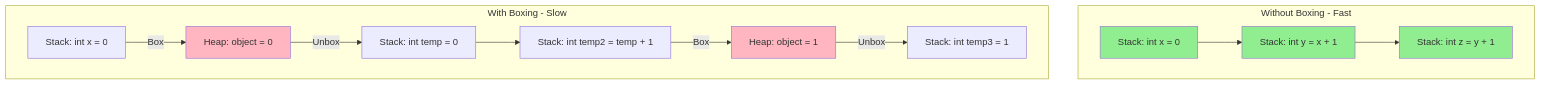
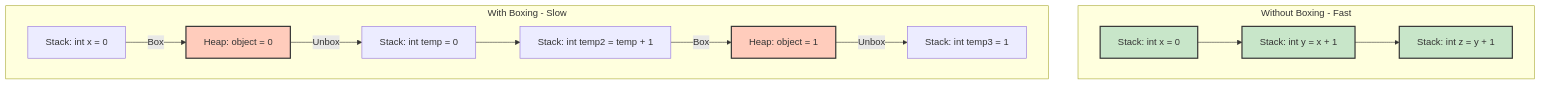
Before and after one commit to NguyenPhamCode4You/ai-home-lab-docker-compose: the ninth of 12 diagrams in C# fundamentals/day01-type-system.md, drawn with Mermaid. The commit also changed other lines of this file and 10 other files, not shown here.

````diff
--- a/C# fundamentals/day01-type-system.md
+++ b/C# fundamentals/day01-type-system.md
@@ -551,21 +557,21 @@
 ```mermaid
 graph TB
     subgraph "Without Boxing - Fast"
         A1[Stack: int x = 0] --> A2[Stack: int y = x + 1]
         A2 --> A3[Stack: int z = y + 1]
     end
 
     subgraph "With Boxing - Slow"
         B1[Stack: int x = 0] -->|Box| B2[Heap: object = 0]
         B2 -->|Unbox| B3[Stack: int temp = 0]
         B3 --> B4[Stack: int temp2 = temp + 1]
         B4 -->|Box| B5[Heap: object = 1]
         B5 -->|Unbox| B6[Stack: int temp3 = 1]
     end
 
-    style A1 fill:#90EE90
-    style A2 fill:#90EE90
-    style A3 fill:#90EE90
-    style B2 fill:#FFB6C1
-    style B5 fill:#FFB6C1
+    style A1 fill:#c8e6c9,stroke:#333,stroke-width:2px
+    style A2 fill:#c8e6c9,stroke:#333,stroke-width:2px
+    style A3 fill:#c8e6c9,stroke:#333,stroke-width:2px
+    style B2 fill:#ffccbc,stroke:#333,stroke-width:2px
+    style B5 fill:#ffccbc,stroke:#333,stroke-width:2px
 ```
````
